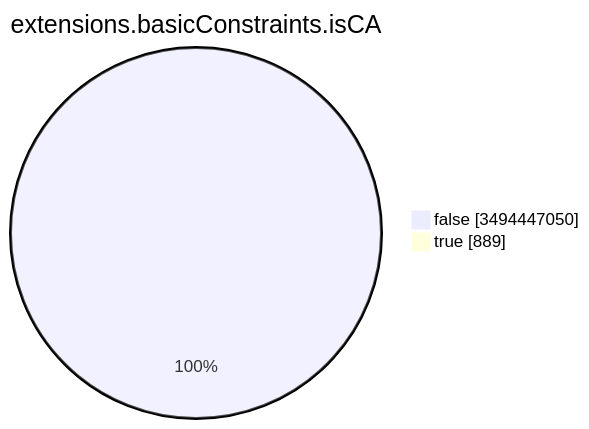
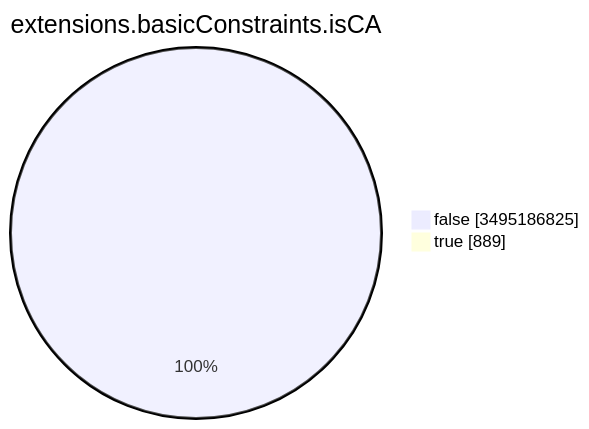
Before and after one commit to christiankrug/ctmonitor_visualization: the seventh of 15 diagrams in TOTAL/README.md, drawn with Mermaid. The commit also changed other lines of this file, not shown here.

````diff
--- a/TOTAL/README.md
+++ b/TOTAL/README.md
@@ -3093,6 +3093,6 @@
 ```mermaid
 pie showData
 title extensions.basicConstraints.isCA
-"false" :3494447050
+"false" :3495186825
 "true" :889
 ```
````
